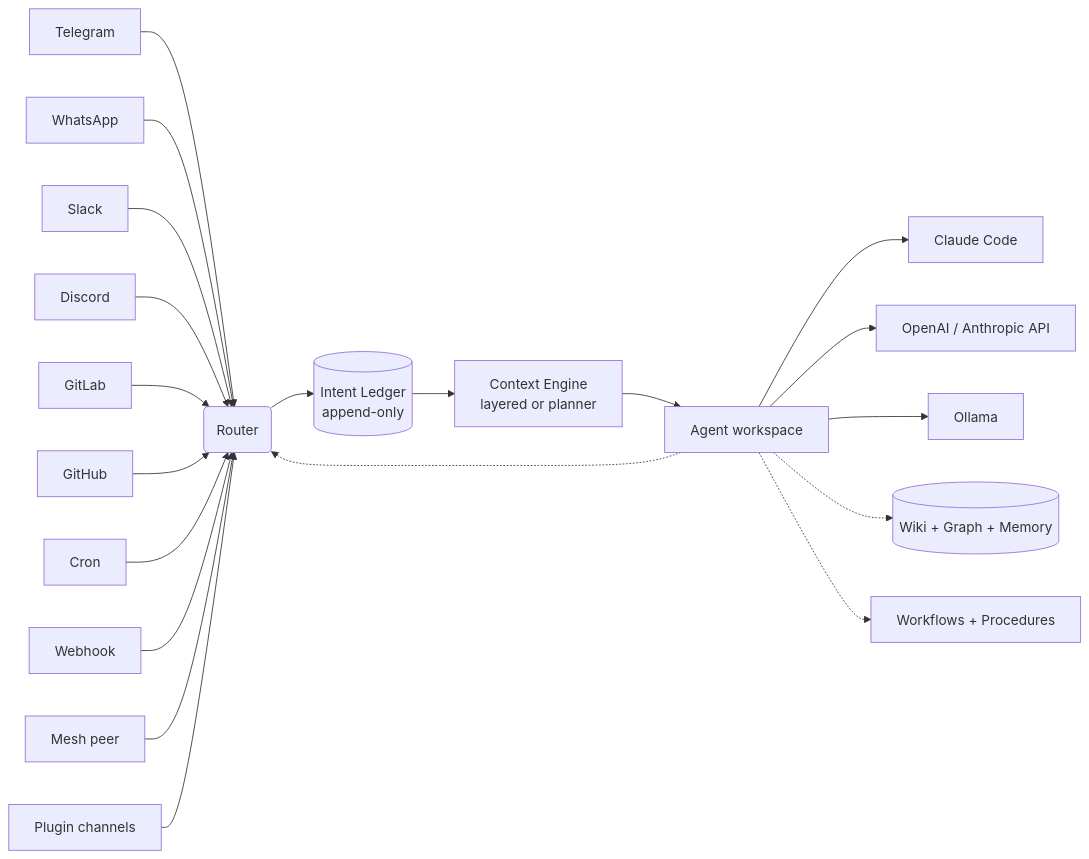
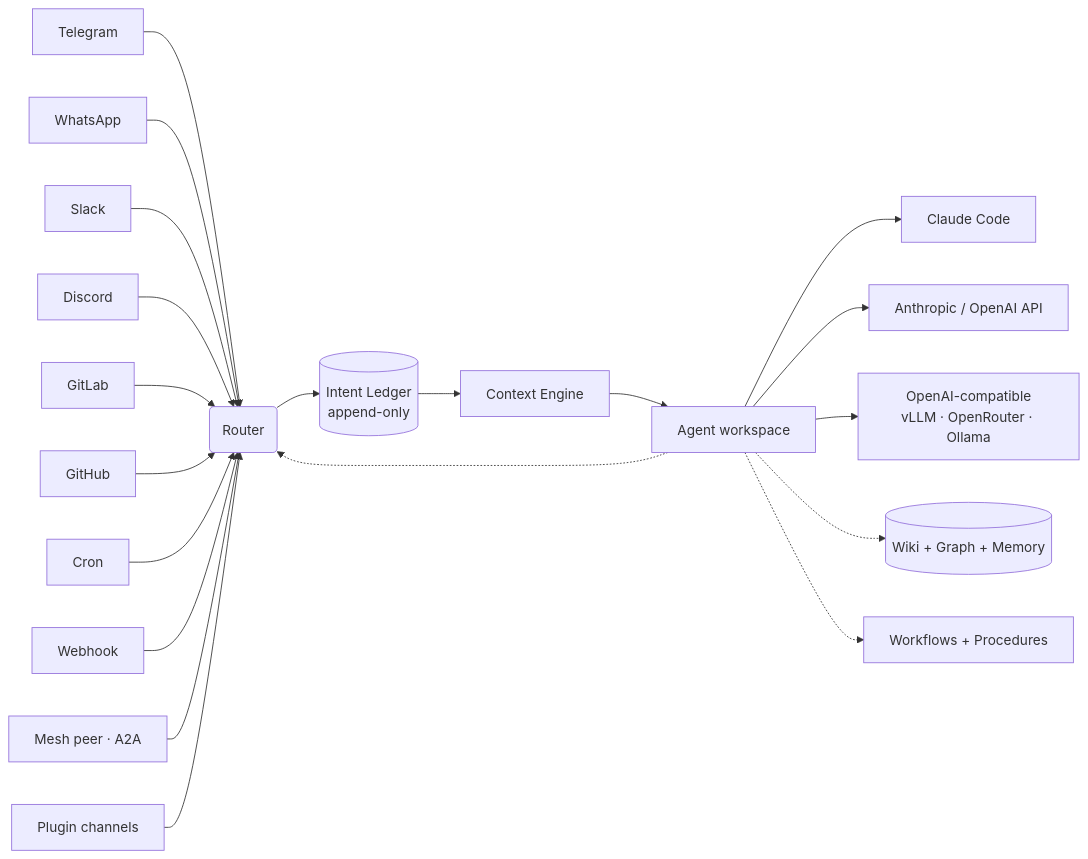
Before and after one commit to anis-marrouchi/agentx: the diagram in README.md, drawn with Mermaid. The commit also changed other lines of this file, not shown here.

````diff
--- a/README.md
+++ b/README.md
@@ -140,22 +107,22 @@
 ```mermaid
 graph LR
   T[Telegram] --> R(Router)
   W[WhatsApp] --> R
   S[Slack] --> R
   D[Discord] --> R
   G[GitLab] --> R
   GH[GitHub] --> R
   C[Cron] --> R
   H[Webhook] --> R
-  M[Mesh peer] --> R
+  M[Mesh peer · A2A] --> R
   PL[Plugin channels] --> R
   R --> LDG[(Intent Ledger<br/>append-only)]
-  LDG --> CTX[Context Engine<br/>layered or planner]
+  LDG --> CTX[Context Engine]
   CTX --> AG[Agent workspace]
   AG --> P1[Claude Code]
-  AG --> P2[OpenAI / Anthropic API]
-  AG --> P3[Ollama]
+  AG --> P2[Anthropic / OpenAI API]
+  AG --> P3[OpenAI-compatible<br/>vLLM · OpenRouter · Ollama]
   AG -.-> MEM[(Wiki + Graph + Memory)]
   AG -.-> WF[Workflows + Procedures]
   AG -.-> R
 ```
````
